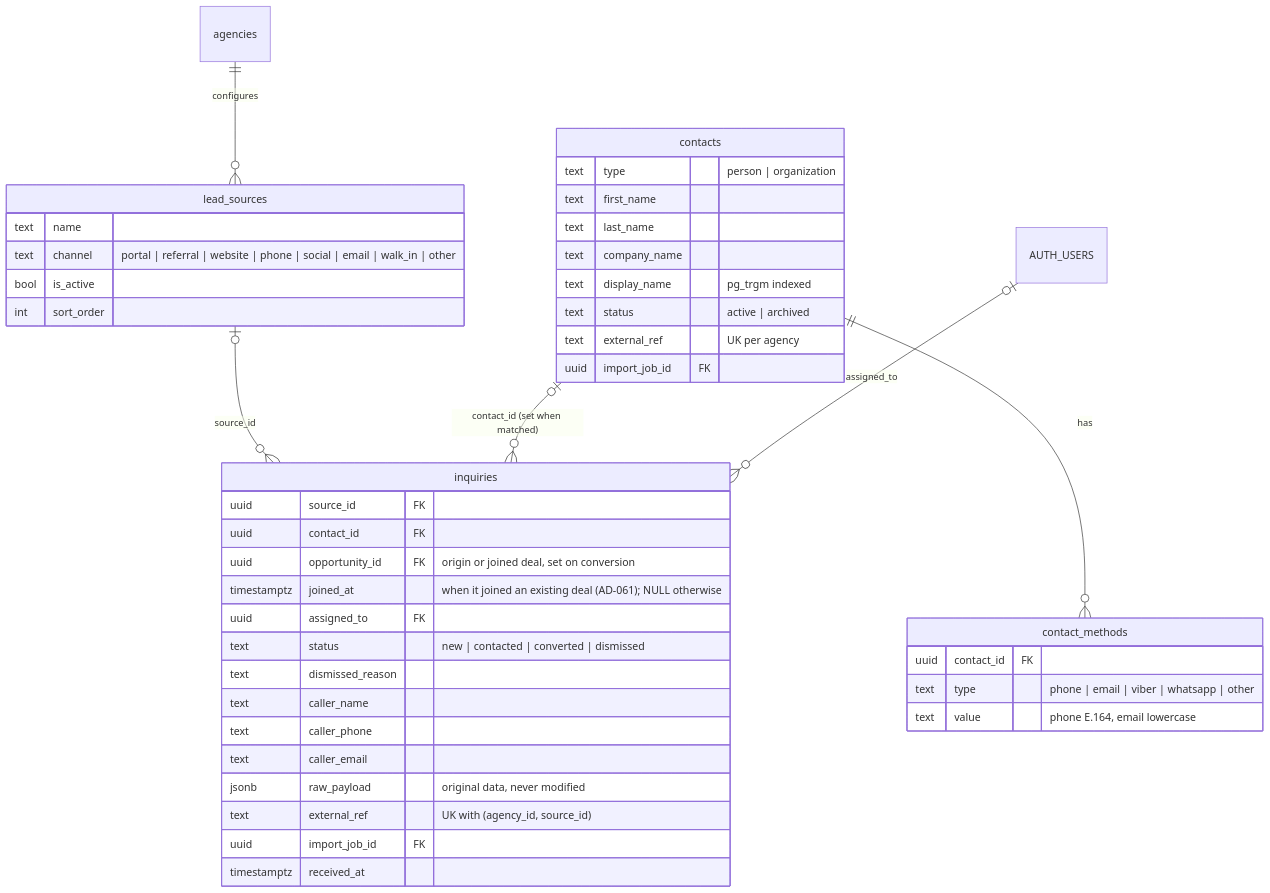
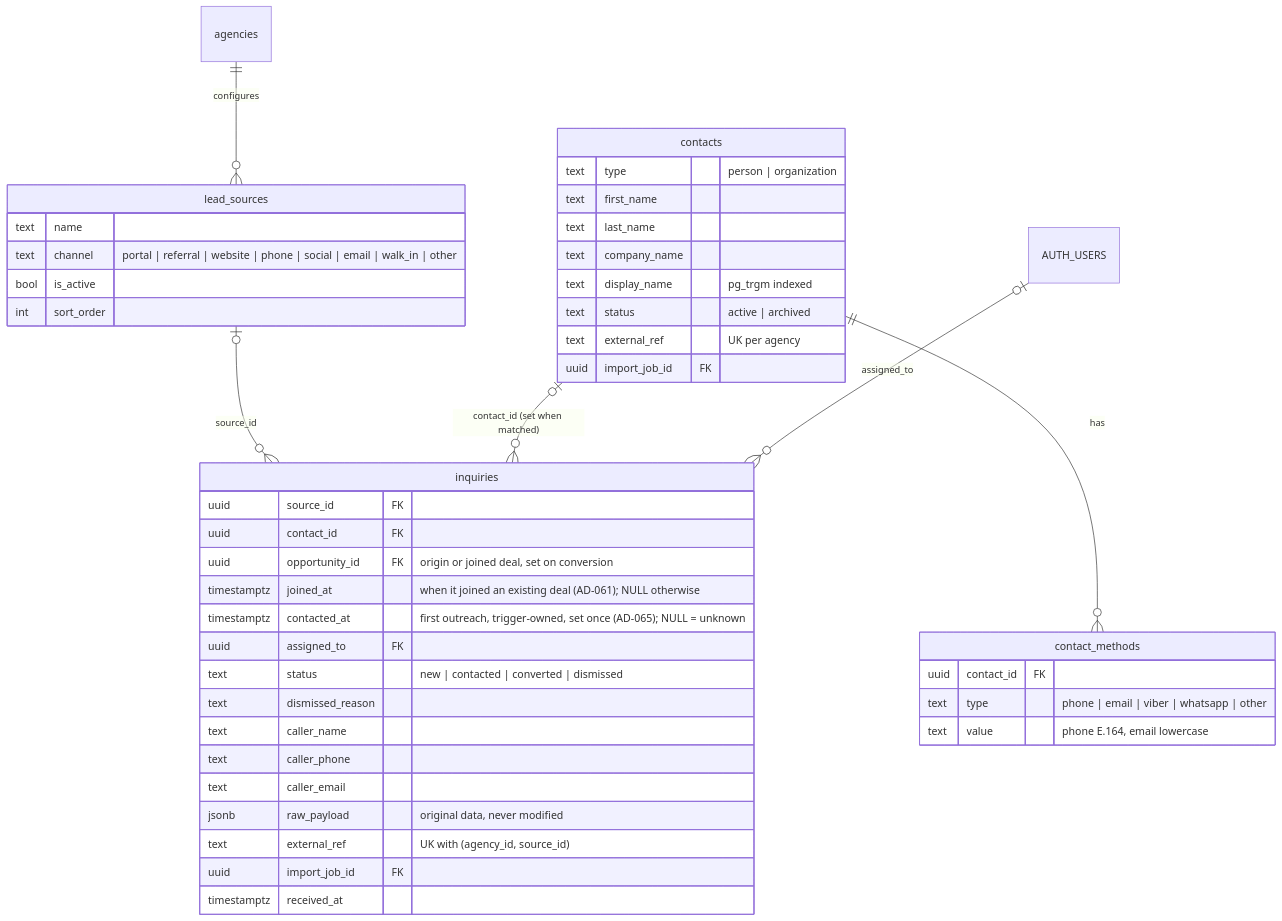
The third of 16 diagrams in docs/domain-model.md (dreaminglory/retail_broker_CRM), drawn with Mermaid before and after one commit. The commit also changed other lines of this file and 4 other files, not shown here.

````diff
--- a/docs/domain-model.md
+++ b/docs/domain-model.md
@@ -132,46 +132,47 @@
 ```mermaid
 erDiagram
   agencies ||--o{ lead_sources : "configures"
   lead_sources |o--o{ inquiries : "source_id"
   contacts |o--o{ inquiries : "contact_id (set when matched)"
   contacts ||--o{ contact_methods : "has"
   AUTH_USERS |o--o{ inquiries : "assigned_to"
 
   lead_sources {
     text name
     text channel "portal | referral | website | phone | social | email | walk_in | other"
     bool is_active
     int sort_order
   }
   inquiries {
     uuid source_id FK
     uuid contact_id FK
     uuid opportunity_id FK "origin or joined deal, set on conversion"
     timestamptz joined_at "when it joined an existing deal (AD-061); NULL otherwise"
+    timestamptz contacted_at "first outreach, trigger-owned, set once (AD-065); NULL = unknown"
     uuid assigned_to FK
     text status "new | contacted | converted | dismissed"
     text dismissed_reason
     text caller_name
     text caller_phone
     text caller_email
     jsonb raw_payload "original data, never modified"
     text external_ref "UK with (agency_id, source_id)"
     uuid import_job_id FK
     timestamptz received_at
   }
   contacts {
     text type "person | organization"
     text first_name
     text last_name
     text company_name
     text display_name "pg_trgm indexed"
     text status "active | archived"
     text external_ref "UK per agency"
     uuid import_job_id FK
   }
   contact_methods {
     uuid contact_id FK
     text type "phone | email | viber | whatsapp | other"
     text value "phone E.164, email lowercase"
   }
 ```
````
